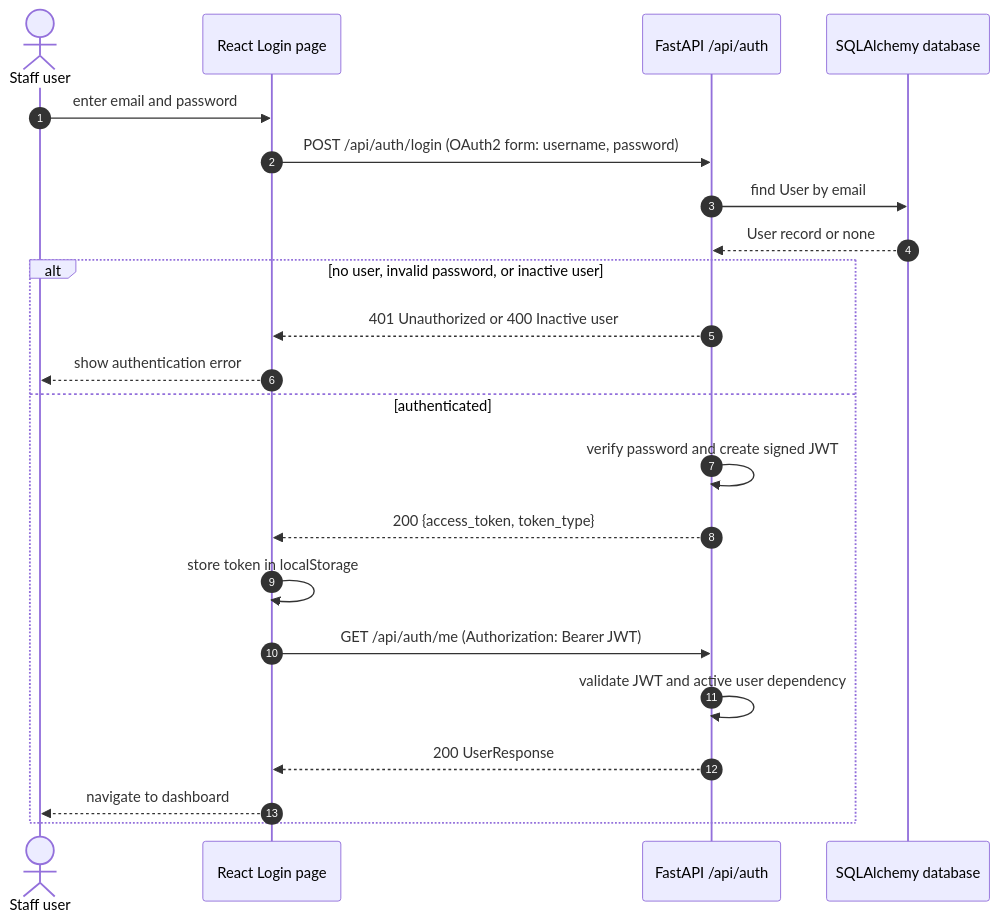
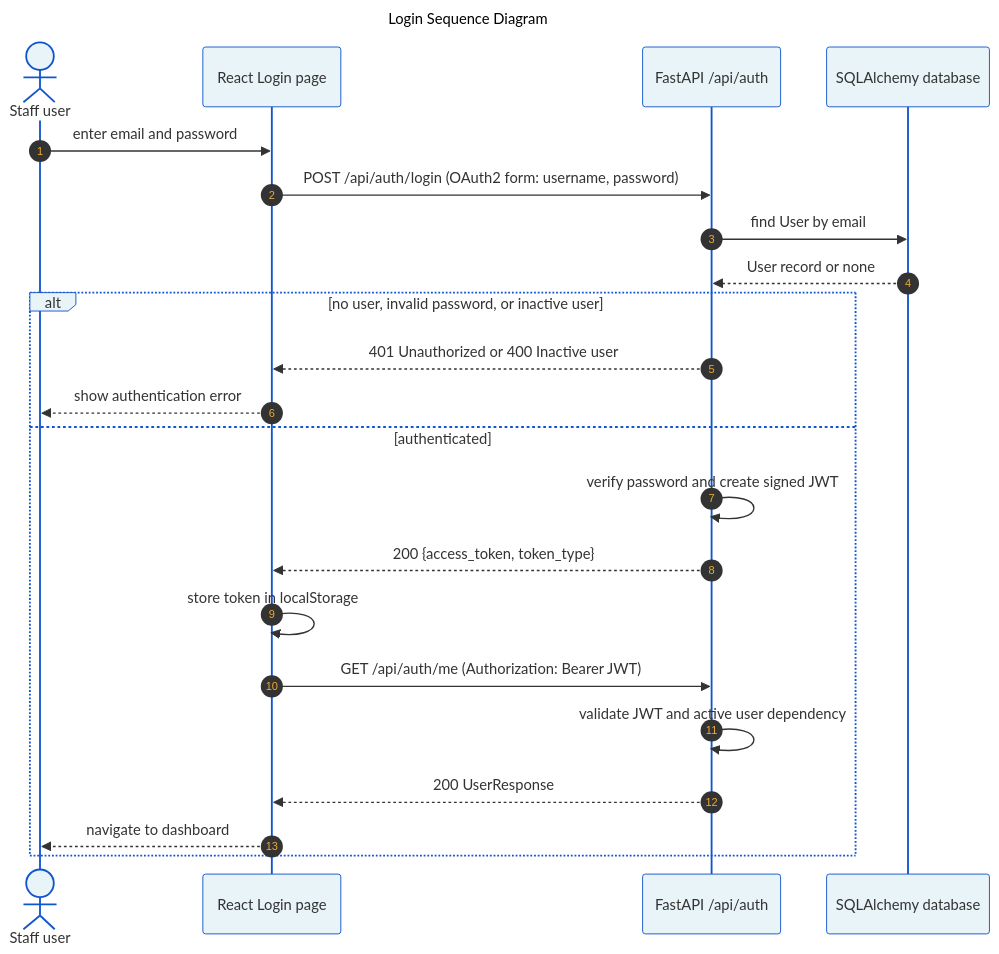
The diagram in docs/design-diagrams/05-sequence-login.mmd (hyperS777/BizAI), drawn with Mermaid before and after one commit. The commit also changed 22 other files, not shown here.

First line of the commit message:
docs: correct all 12 Mermaid diagram sources to match implementation

```diff
--- a/docs/design-diagrams/05-sequence-login.mmd
+++ b/docs/design-diagrams/05-sequence-login.mmd
@@ -1,22 +1,26 @@
+---
+title: Login Sequence Diagram
+---
+%%{init: {'theme': 'base', 'themeVariables': {'primaryColor': '#ffffff', 'primaryBorderColor': '#1155cc', 'lineColor': '#1155cc', 'textColor': '#000000', 'fontFamily': 'sans-serif', 'actorBkg': '#e8f4f8', 'actorBorder': '#1155cc', 'signalColor': '#333333', 'signalTextColor': '#333333'}}}%%
 sequenceDiagram
     autonumber
     actor U as Staff user
     participant FE as React Login page
     participant API as FastAPI /api/auth
     participant DB as SQLAlchemy database
     U->>FE: enter email and password
     FE->>API: POST /api/auth/login (OAuth2 form: username, password)
     API->>DB: find User by email
     DB-->>API: User record or none
     alt no user, invalid password, or inactive user
         API-->>FE: 401 Unauthorized or 400 Inactive user
         FE-->>U: show authentication error
     else authenticated
         API->>API: verify password and create signed JWT
         API-->>FE: 200 {access_token, token_type}
         FE->>FE: store token in localStorage
         FE->>API: GET /api/auth/me (Authorization: Bearer JWT)
         API->>API: validate JWT and active user dependency
         API-->>FE: 200 UserResponse
         FE-->>U: navigate to dashboard
     end
```
